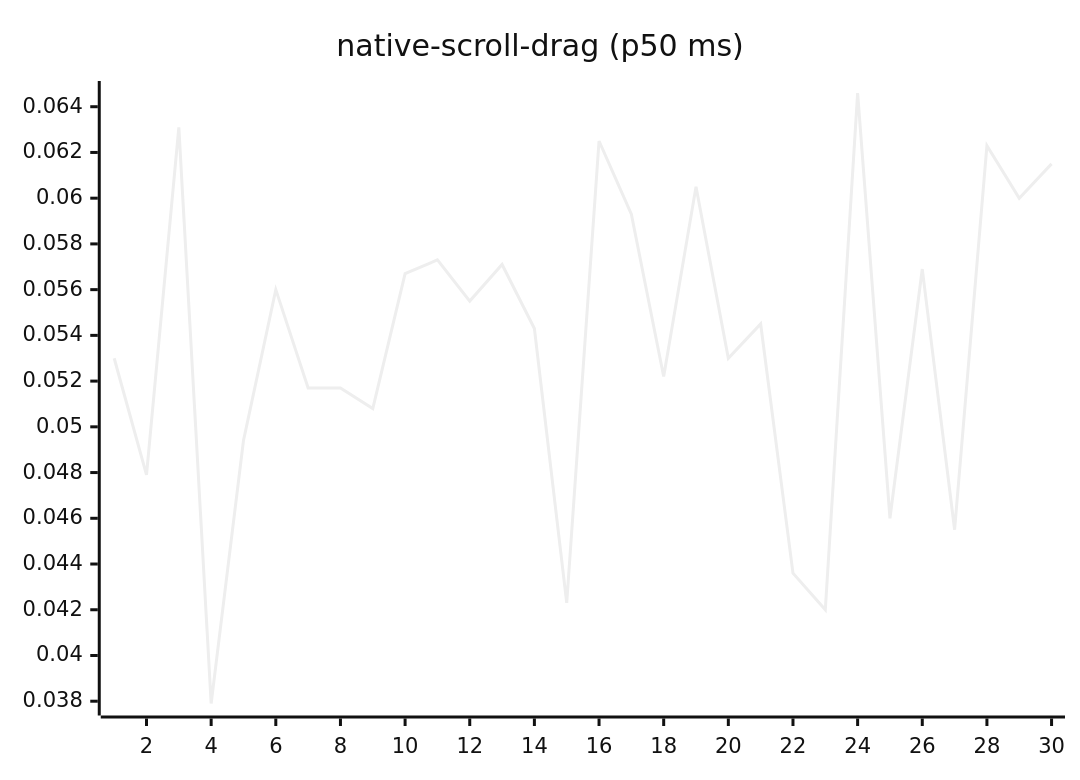
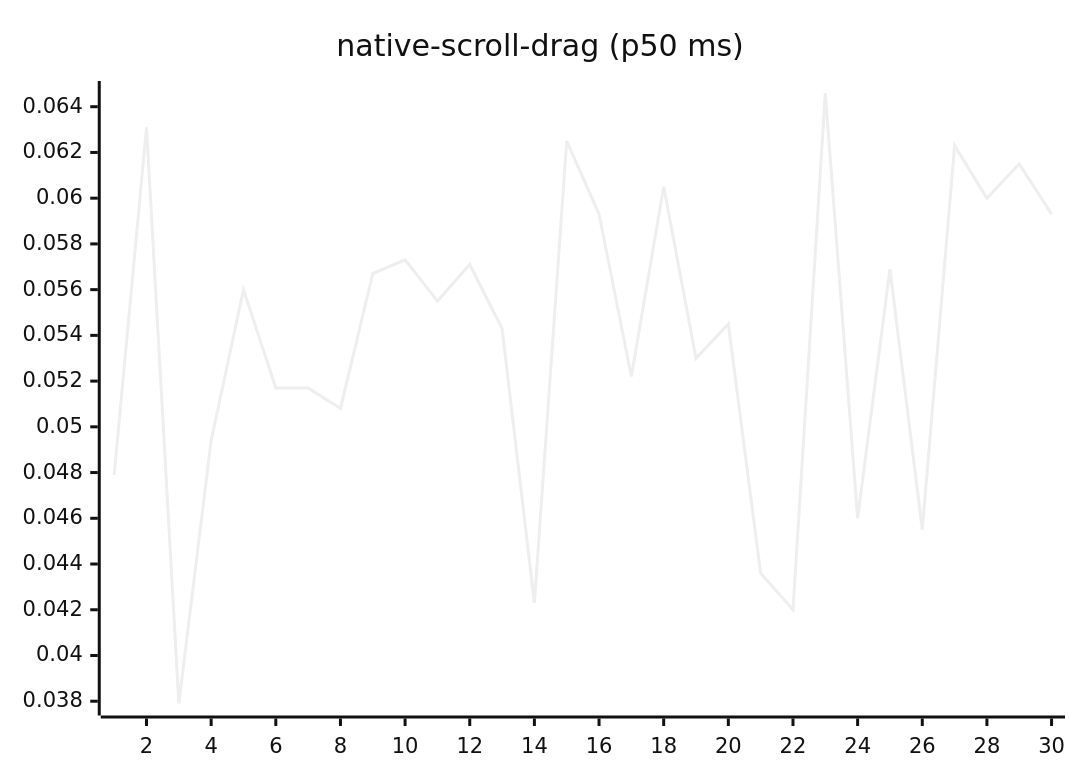
Diagram 14 of 27 in README.md (josha/Facet), drawn with Mermaid (neutral theme) before and after one commit. The commit also changed other lines of this file and 2 other files, not shown here.

````diff
--- a/README.md
+++ b/README.md
@@ -154,6 +154,6 @@
 ```mermaid
 xychart-beta
     title "native-scroll-drag (p50 ms)"
     x-axis 1 --> 30
-    line [0.0530, 0.0479, 0.0631, 0.0379, 0.0494, 0.0560, 0.0517, 0.0517, 0.0508, 0.0567, 0.0573, 0.0555, 0.0571, 0.0543, 0.0423, 0.0625, 0.0593, 0.0522, 0.0605, 0.0530, 0.0545, 0.0436, 0.0420, 0.0646, 0.0460, 0.0569, 0.0455, 0.0623, 0.0600, 0.0615]
+    line [0.0479, 0.0631, 0.0379, 0.0494, 0.0560, 0.0517, 0.0517, 0.0508, 0.0567, 0.0573, 0.0555, 0.0571, 0.0543, 0.0423, 0.0625, 0.0593, 0.0522, 0.0605, 0.0530, 0.0545, 0.0436, 0.0420, 0.0646, 0.0460, 0.0569, 0.0455, 0.0623, 0.0600, 0.0615, 0.0593]
 ```
````
